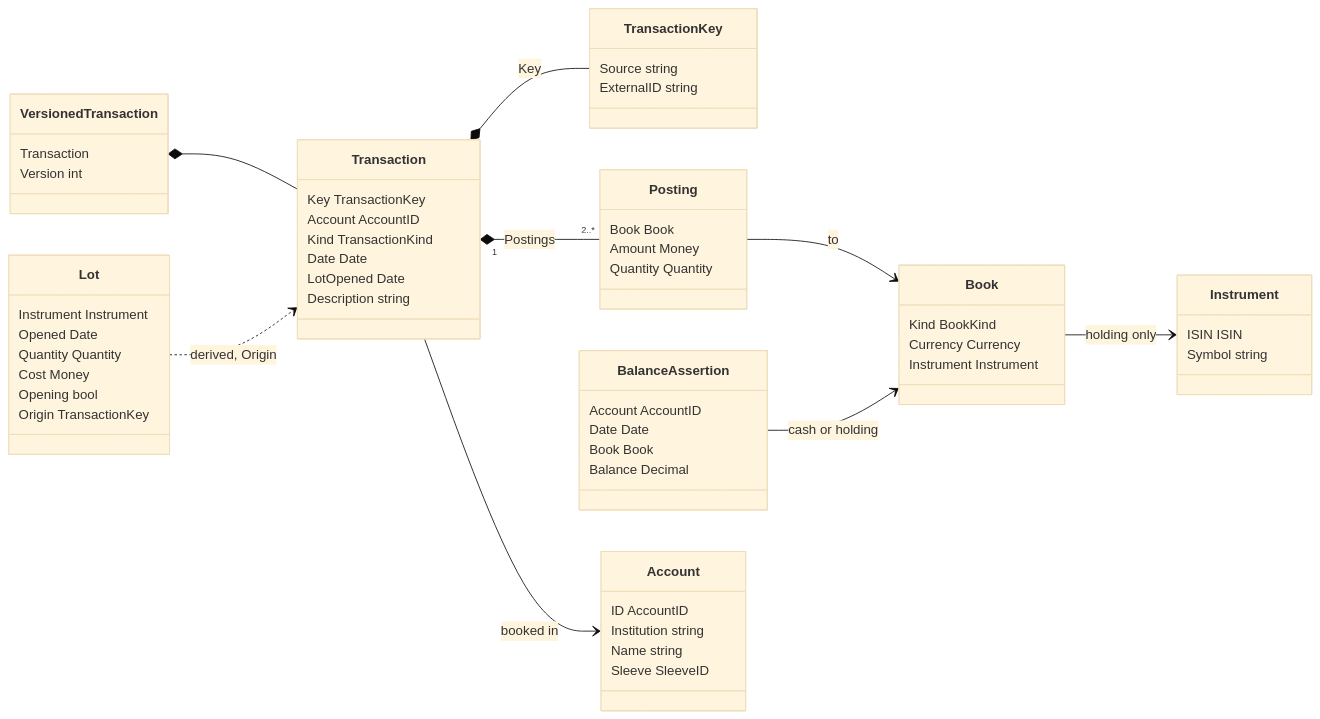
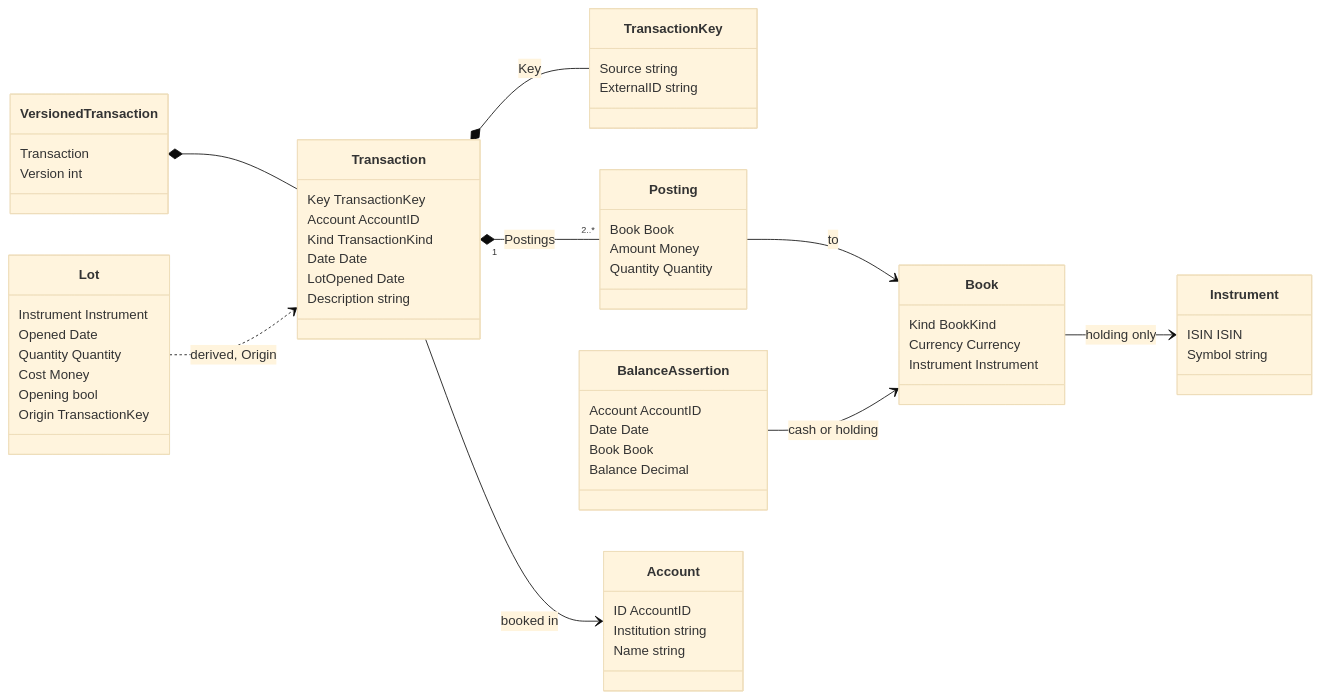
Before and after one commit to arkadiuss/openfief: the first of 4 diagrams in docs/concepts/ledger.md, drawn with Mermaid (base theme). The commit also changed other lines of this file and 292 other files, not shown here.

````diff
--- a/docs/concepts/ledger.md
+++ b/docs/concepts/ledger.md
@@ -42,62 +40,61 @@
 ```mermaid
 classDiagram
   direction LR
   class VersionedTransaction {
     Transaction
     Version int
   }
   class Transaction {
     Key TransactionKey
     Account AccountID
     Kind TransactionKind
     Date Date
     LotOpened Date
     Description string
   }
   class TransactionKey {
     Source string
     ExternalID string
   }
   class Posting {
     Book Book
     Amount Money
     Quantity Quantity
   }
   class Book {
     Kind BookKind
     Currency Currency
     Instrument Instrument
   }
   class Instrument {
     ISIN ISIN
     Symbol string
   }
   class BalanceAssertion {
     Account AccountID
     Date Date
     Book Book
     Balance Decimal
   }
   class Lot {
     Instrument Instrument
     Opened Date
     Quantity Quantity
     Cost Money
     Opening bool
     Origin TransactionKey
   }
   class Account {
     ID AccountID
     Institution string
     Name string
-    Sleeve SleeveID
   }
   VersionedTransaction *-- Transaction
   Transaction *-- TransactionKey : Key
   Transaction "1" *-- "2..*" Posting : Postings
   Transaction --> Account : booked in
   Posting --> Book : to
   Book --> Instrument : holding only
   BalanceAssertion --> Book : cash or holding
   Lot ..> Transaction : derived, Origin
 ```
````
